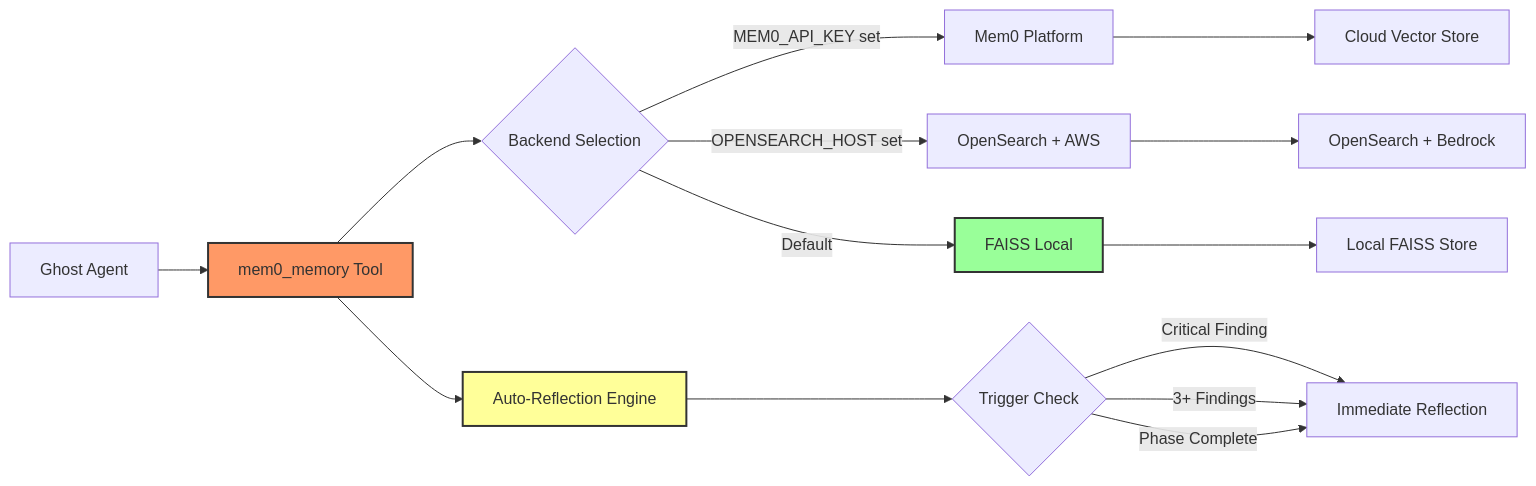
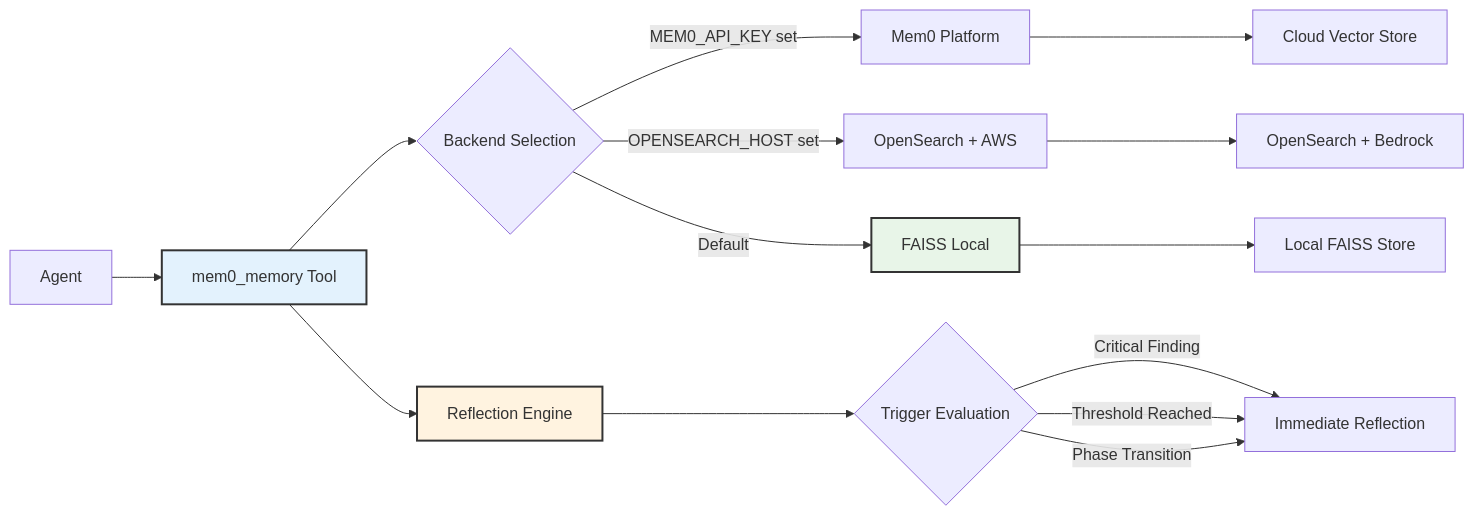
One commit to westonbrown/Cyber-AutoAgent changed the first of 2 diagrams in docs/memory.md. Above: the diagram before and after it, drawn with Mermaid. The commit also changed other lines of this file and 10 other files, not shown here.

````diff
--- a/docs/memory.md
+++ b/docs/memory.md
@@ -7,23 +7,23 @@
 ```mermaid
 graph LR
-    A[Ghost Agent] --> B[mem0_memory Tool]
+    A[Agent] --> B[mem0_memory Tool]
     B --> C{Backend Selection}
-    
+
     C -->|MEM0_API_KEY set| D[Mem0 Platform]
     C -->|OPENSEARCH_HOST set| E[OpenSearch + AWS]
     C -->|Default| F[FAISS Local]
-    
+
     D --> G[Cloud Vector Store]
     E --> H[OpenSearch + Bedrock]
     F --> I[Local FAISS Store]
-    
-    B --> J[Auto-Reflection Engine]
-    J --> K{Trigger Check}
+
+    B --> J[Reflection Engine]
+    J --> K{Trigger Evaluation}
     K -->|Critical Finding| L[Immediate Reflection]
-    K -->|3+ Findings| L
-    K -->|Phase Complete| L
-    
-    style B fill:#f96,stroke:#333,stroke-width:2px
-    style F fill:#9f9,stroke:#333,stroke-width:2px
-    style J fill:#ff9,stroke:#333,stroke-width:2px
+    K -->|Threshold Reached| L
+    K -->|Phase Transition| L
+
+    style B fill:#e3f2fd,stroke:#333,stroke-width:2px
+    style F fill:#e8f5e8,stroke:#333,stroke-width:2px
+    style J fill:#fff3e0,stroke:#333,stroke-width:2px
 ```
````
